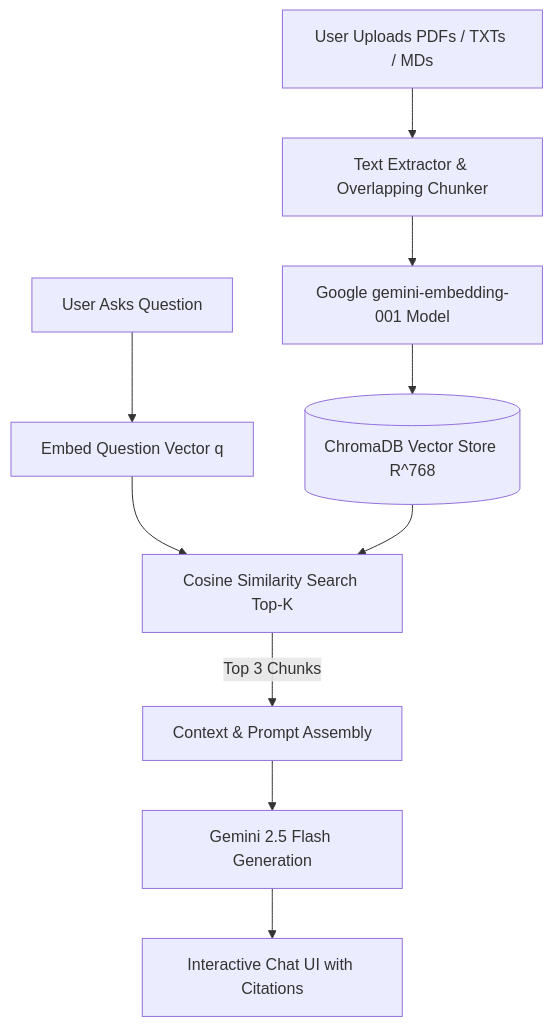
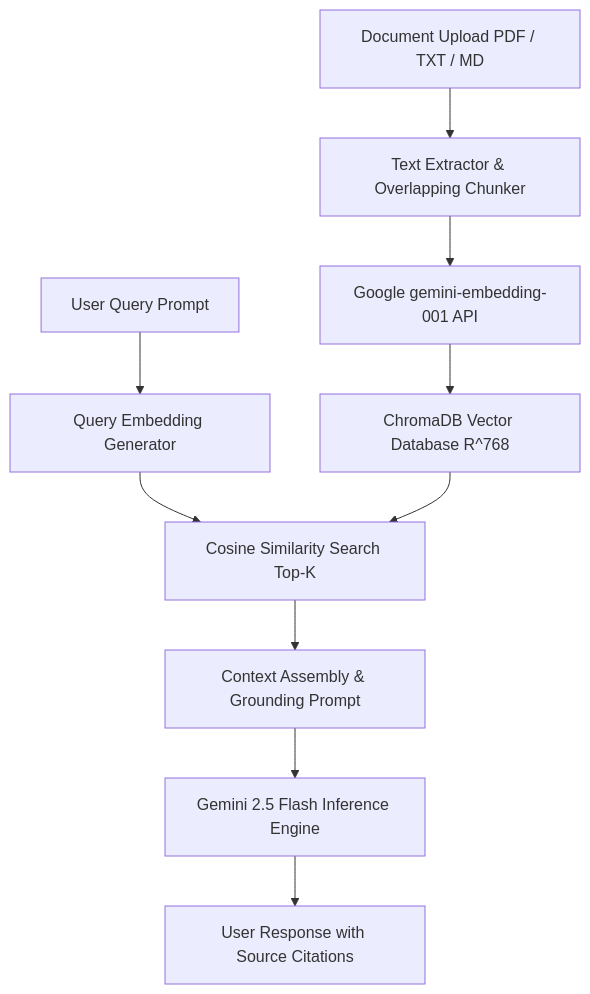
Before and after one commit to azimsaidov/gemini-rag-dashboard: the diagram in README.md, drawn with Mermaid. The commit also changed other lines of this file, not shown here.

````diff
--- a/README.md
+++ b/README.md
@@ -25,13 +15,13 @@
 ```mermaid
 graph TD
-    UserUpload[User Uploads PDFs / TXTs / MDs] --> Extractor[Text Extractor & Overlapping Chunker]
-    Extractor --> Embedder[Google gemini-embedding-001 Model]
-    Embedder --> VectorDB[(ChromaDB Vector Store R^768)]
+    A[Document Upload PDF / TXT / MD] --> B[Text Extractor & Overlapping Chunker]
+    B --> C[Google gemini-embedding-001 API]
+    C --> D[ChromaDB Vector Database R^768]
     
-    UserQuestion[User Asks Question] --> QEmbedder[Embed Question Vector q]
-    QEmbedder --> Search[Cosine Similarity Search Top-K]
-    VectorDB --> Search
-    Search -->|Top 3 Chunks| ContextBuilder[Context & Prompt Assembly]
-    ContextBuilder --> Gemini[Gemini 2.5 Flash Generation]
-    Gemini --> UI[Interactive Chat UI with Citations]
+    E[User Query Prompt] --> F[Query Embedding Generator]
+    F --> G[Cosine Similarity Search Top-K]
+    D --> G
+    G --> H[Context Assembly & Grounding Prompt]
+    H --> I[Gemini 2.5 Flash Inference Engine]
+    I --> J[User Response with Source Citations]
 ```
````
